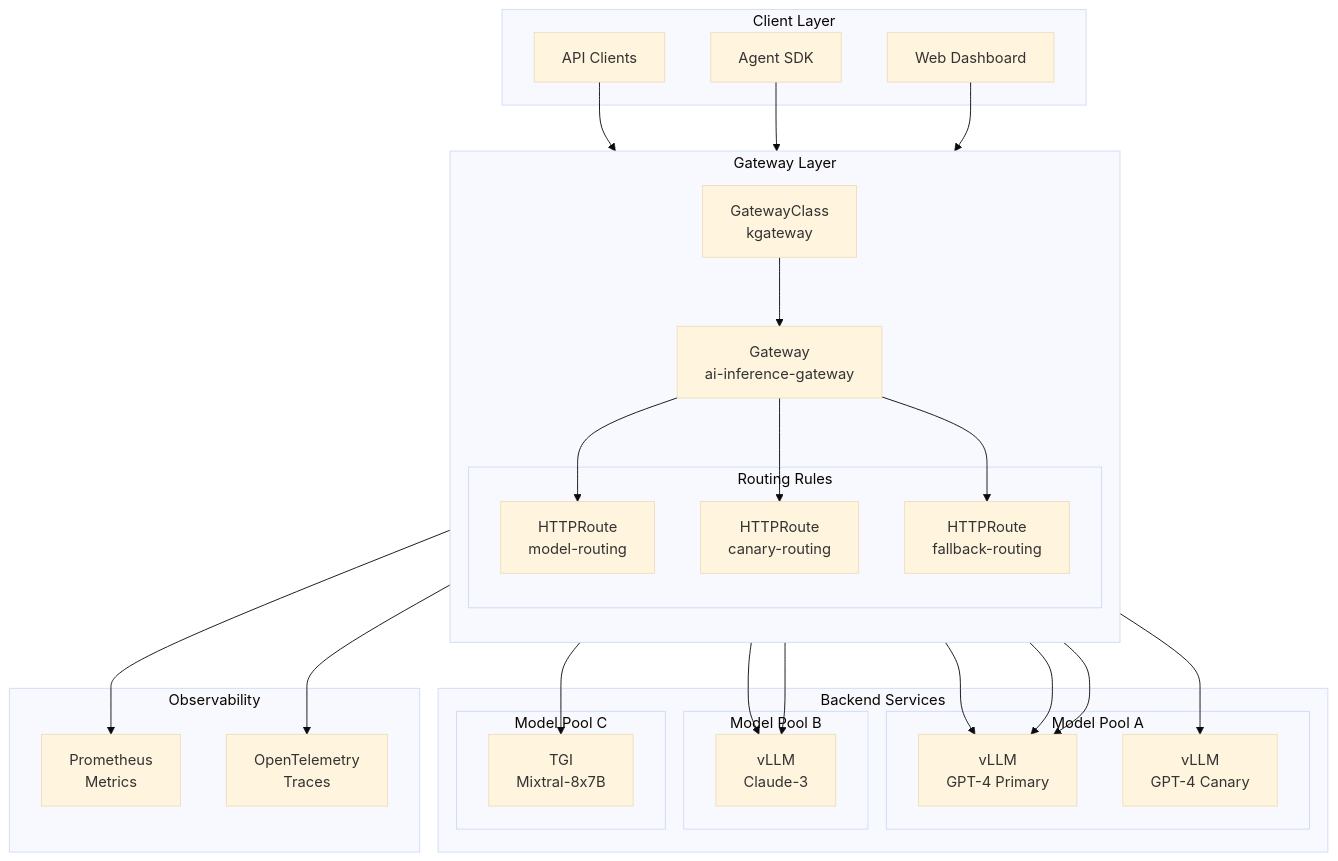
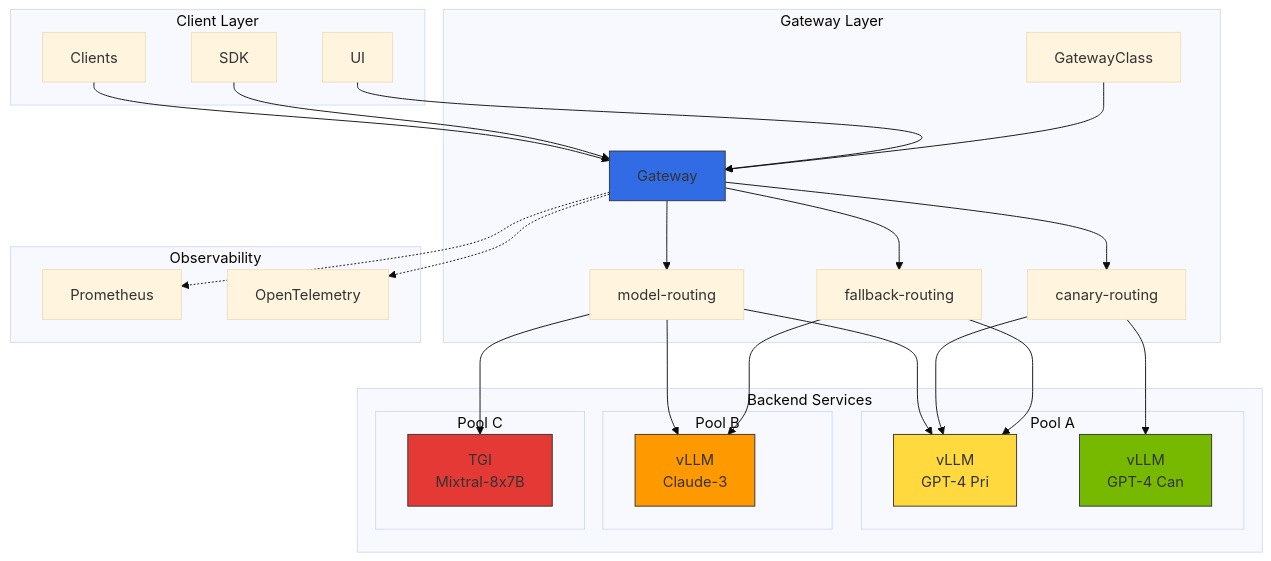
Before and after one commit to devfloor9/engineering-playbook: the first of 4 diagrams in docs/agentic-ai-platform/gateway-agents/inference-gateway-routing.md, drawn with Mermaid (base theme). The commit also changed other lines of this file and 24 other files, not shown here.

````diff
--- a/docs/agentic-ai-platform/gateway-agents/inference-gateway-routing.md
+++ b/docs/agentic-ai-platform/gateway-agents/inference-gateway-routing.md
@@ -34,54 +34,52 @@
 ```mermaid
 flowchart TB
-    subgraph "Client Layer"
-        CLIENT[API Clients]
-        SDK[Agent SDK]
-        UI[Web Dashboard]
+    subgraph CL["Client Layer"]
+        CLIENT[Clients]
+        SDK[SDK]
+        UI[UI]
     end
 
-    subgraph "Gateway Layer"
-        direction TB
-        GC[GatewayClass<br/>kgateway]
-        GW[Gateway<br/>ai-inference-gateway]
-        
-        subgraph "Routing Rules"
-            HR1[HTTPRoute<br/>model-routing]
-            HR2[HTTPRoute<br/>canary-routing]
-            HR3[HTTPRoute<br/>fallback-routing]
+    subgraph GTW["Gateway Layer"]
+        GC[GatewayClass]
+        GW[Gateway]
+        HR1[model-routing]
+        HR2[canary-routing]
+        HR3[fallback-routing]
+    end
+
+    subgraph BE["Backend Services"]
+        subgraph PA["Pool A"]
+            V1[vLLM<br/>GPT-4 Pri]
+            V2[vLLM<br/>GPT-4 Can]
+        end
+
+        subgraph PB["Pool B"]
+            V3[vLLM<br/>Claude-3]
+        end
+
+        subgraph PC["Pool C"]
+            T1[TGI<br/>Mixtral-8x7B]
         end
     end
 
-    subgraph "Backend Services"
-        subgraph "Model Pool A"
-            VLLM1[vLLM<br/>GPT-4 Primary]
-            VLLM2[vLLM<br/>GPT-4 Canary]
-        end
-        
-        subgraph "Model Pool B"
-            VLLM3[vLLM<br/>Claude-3]
-        end
-        
-        subgraph "Model Pool C"
-            TGI1[TGI<br/>Mixtral-8x7B]
-        end
+    subgraph OBS["Observability"]
+        M[Prometheus]
+        T[OpenTelemetry]
     end
 
-    subgraph "Observability"
-        METRICS[Prometheus<br/>Metrics]
-        TRACES[OpenTelemetry<br/>Traces]
-    end
-
-    CLIENT --> GW
-    SDK --> GW
-    UI --> GW
-    
+    CLIENT & SDK & UI --> GW
     GC --> GW
     GW --> HR1 & HR2 & HR3
-    
-    HR1 --> VLLM1 & VLLM3 & TGI1
-    HR2 --> VLLM1 & VLLM2
-    HR3 --> VLLM1 & VLLM3
-    
-    GW --> METRICS
-    GW --> TRACES
+
+    HR1 --> V1 & V3 & T1
+    HR2 --> V1 & V2
+    HR3 --> V1 & V3
+
+    GW -.-> M & T
+
+    style GW fill:#326ce5,stroke:#333
+    style V1 fill:#ffd93d,stroke:#333
+    style V2 fill:#76b900,stroke:#333
+    style V3 fill:#ff9900,stroke:#333
+    style T1 fill:#e53935,stroke:#333
 ```
````
